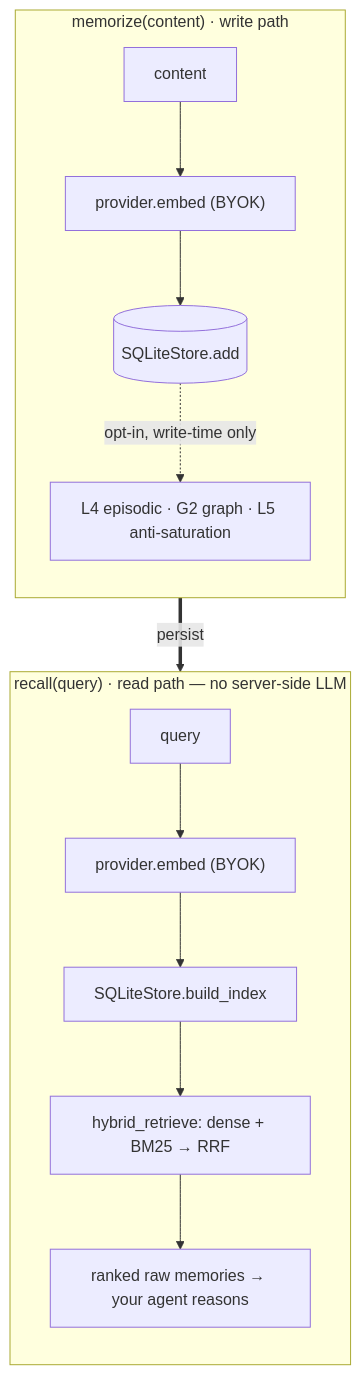
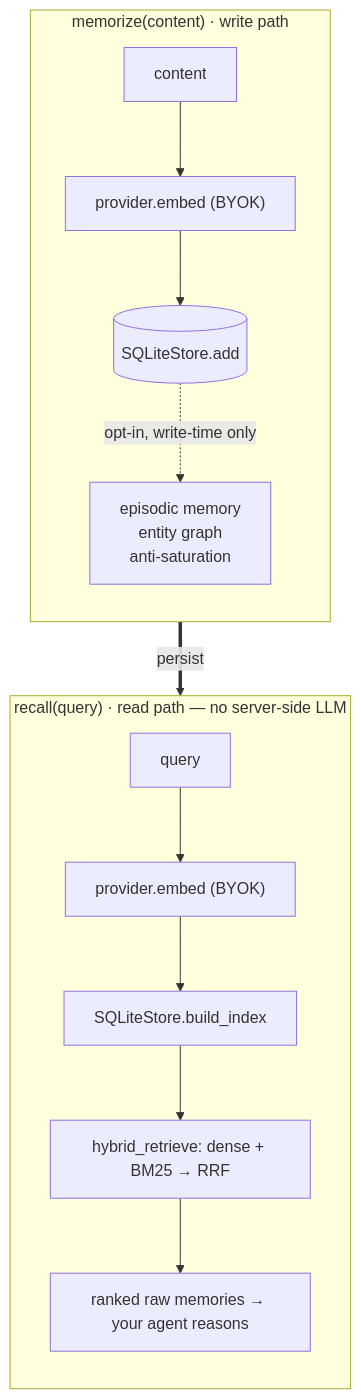
One commit to fernsdavid25/cortex-protocol changed the diagram in README.md. Above: the diagram before and after it, drawn with Mermaid. The commit also changed other lines of this file and 8 other files, not shown here.

First line of the commit message:
docs: drop internal roadmap codes (L4/L5/G2…) from public docs

````diff
--- a/README.md
+++ b/README.md
@@ -29,17 +29,17 @@
 ```mermaid
 flowchart TD
     subgraph WRITE["memorize(content) · write path"]
         direction TB
         A["content"] --> B["provider.embed (BYOK)"]
         B --> C[("SQLiteStore.add")]
-        C -.->|"opt-in, write-time only"| D["L4 episodic · G2 graph · L5 anti-saturation"]
+        C -.->|"opt-in, write-time only"| D["episodic memory<br/>entity graph<br/>anti-saturation"]
     end
     subgraph READ["recall(query) · read path — no server-side LLM"]
         direction TB
         E["query"] --> F["provider.embed (BYOK)"]
         F --> G["SQLiteStore.build_index"]
         G --> H["hybrid_retrieve: dense + BM25 → RRF"]
         H --> I["ranked raw memories → your agent reasons"]
     end
     C ==>|"persist"| G
 ```
````
